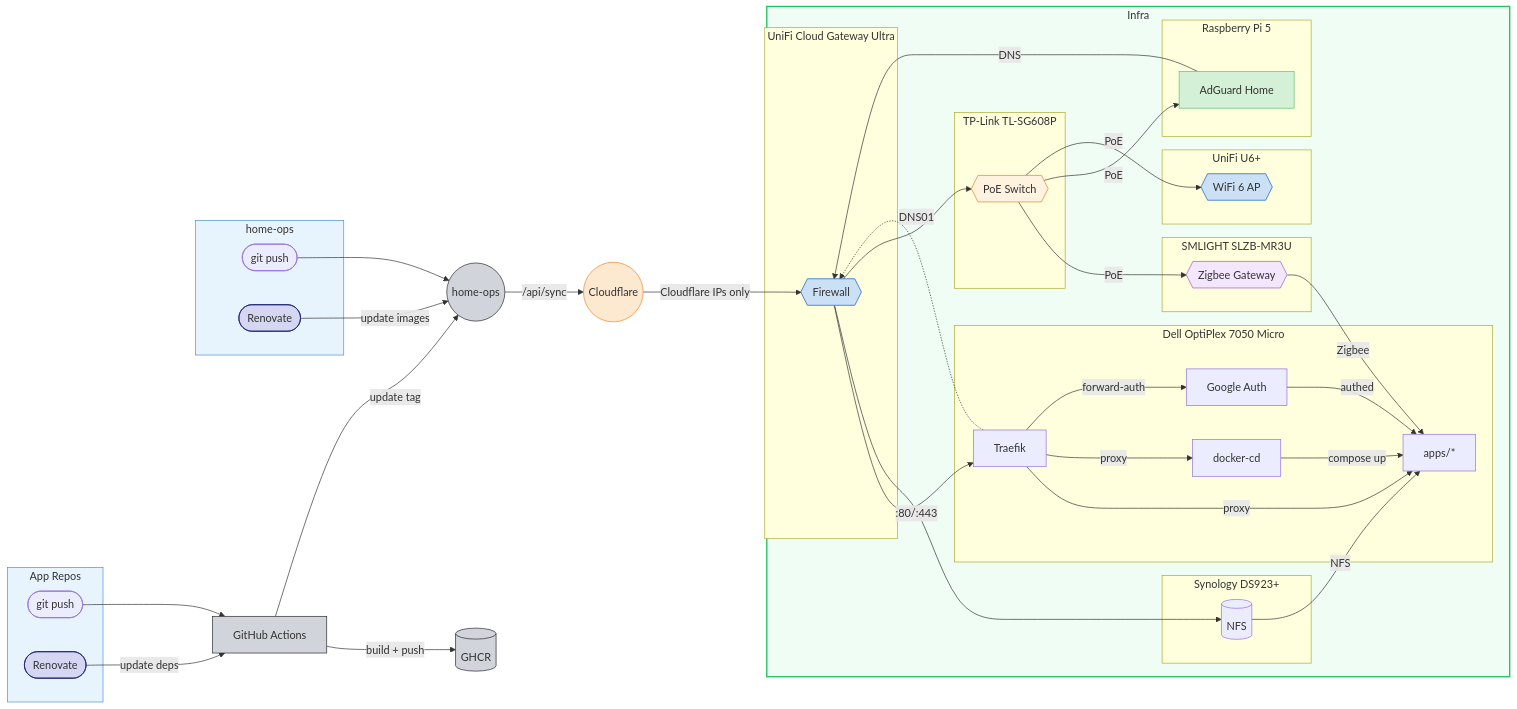
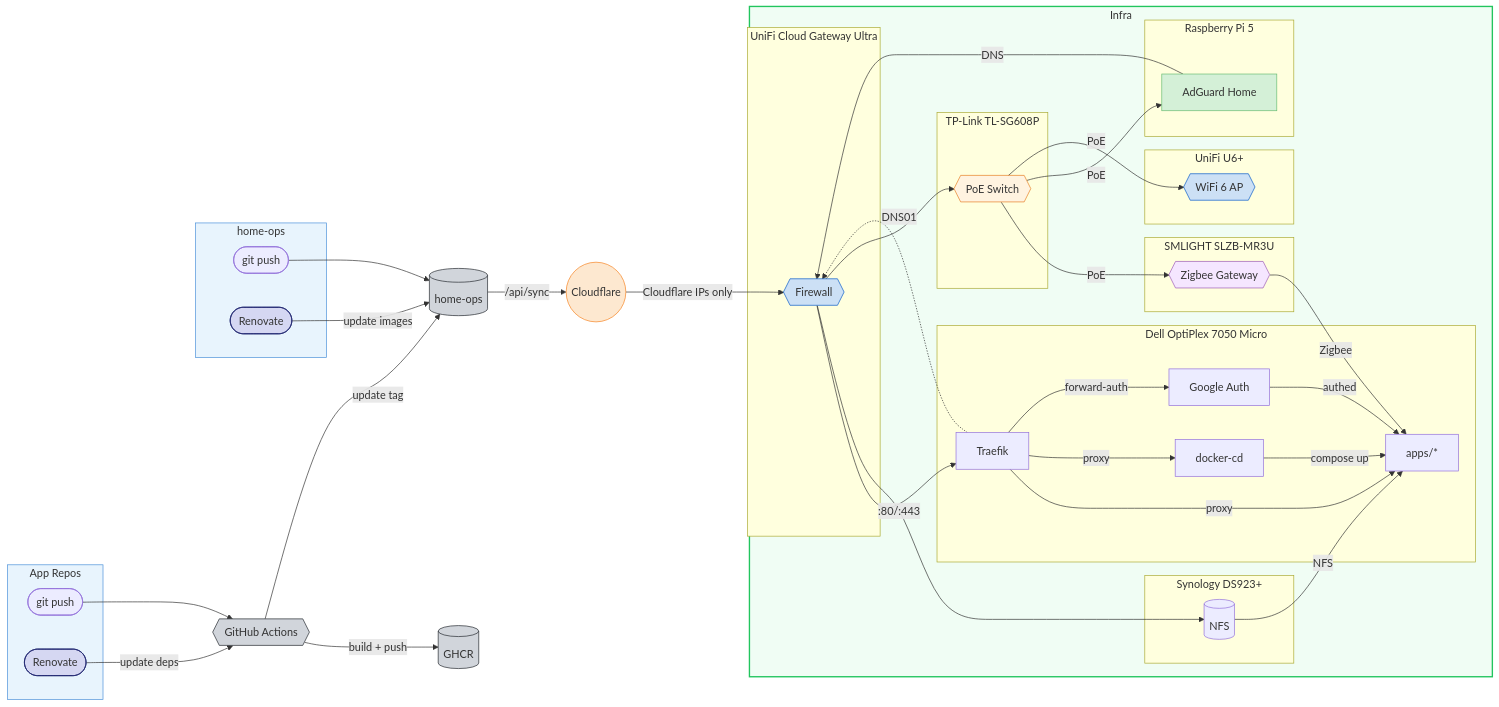
One commit to wajeht/home-ops changed the diagram in README.md. Above: the diagram before and after it, drawn with Mermaid.

Commit message:
docs: update architecture diagram to reflect current state

````diff
--- a/README.md
+++ b/README.md
@@ -16,77 +16,77 @@
 ```mermaid
 flowchart LR
     subgraph app_repo[App Repos]
         app_push([git push])
         app_renovate([Renovate])
     end
 
     subgraph ops_repo[home-ops]
         ops_push([git push])
         ops_renovate([Renovate])
     end
 
-    app_push --> ci[GitHub Actions] -->|build + push| ghcr[(GHCR)]
+    app_push --> ci{{GitHub Actions}} -->|build + push| ghcr[(GHCR)]
     app_renovate -->|update deps| ci
-    ci -->|update tag| github((home-ops))
+    ci -->|update tag| github[(home-ops)]
     ops_push --> github
     ops_renovate -->|update images| github
     github -->|/api/sync| cf((Cloudflare)) -->|Cloudflare IPs only| unifi -->|:80/:443| traefik -->|proxy| apps
 
     subgraph infra[Infra]
         subgraph dell[Dell OptiPlex 7050 Micro]
             docker_cd[docker-cd] -->|compose up| apps[apps/*]
             traefik[Traefik] -->|proxy| docker_cd
             traefik -->|forward-auth| google_auth[Google Auth] -->|authed| apps
         end
 
         subgraph nas[Synology DS923+]
             nfs[(NFS)]
         end
 
         subgraph ucg[UniFi Cloud Gateway Ultra]
             unifi{{Firewall}}
         end
 
         subgraph pi[Raspberry Pi 5]
             adguard[AdGuard Home]
         end
 
         subgraph slzb[SMLIGHT SLZB-MR3U]
             zigbee{{Zigbee Gateway}}
         end
 
         subgraph tplink[TP-Link TL-SG608P]
             poe{{PoE Switch}}
         end
 
         subgraph u6[UniFi U6+]
             ap{{WiFi 6 AP}}
         end
 
         nfs -->|NFS| apps
         adguard -->|DNS| unifi
         unifi --> nfs
         unifi --> poe
         poe -->|PoE| zigbee
         poe -->|PoE| adguard
         poe -->|PoE| ap
         zigbee -->|Zigbee| apps
     end
 
     traefik -.->|DNS01| unifi
 
     style app_repo fill:#e8f4fd,stroke:#4a90d9
     style ops_repo fill:#e8f4fd,stroke:#4a90d9
     style infra fill:#f0fdf4,stroke:#22c55e,stroke-width:2px
     style cf fill:#fde8d0,stroke:#f6821f,color:#333
     style github fill:#d1d5db,stroke:#24292e,color:#333
     style ghcr fill:#d1d5db,stroke:#24292e,color:#333
     style ci fill:#d1d5db,stroke:#24292e,color:#333
     style app_renovate fill:#d5d7f2,stroke:#1a1f6c,color:#333
     style ops_renovate fill:#d5d7f2,stroke:#1a1f6c,color:#333
     style adguard fill:#d4f0d7,stroke:#68bc71,color:#333
     style unifi fill:#cce0f5,stroke:#0559c9,color:#333
     style zigbee fill:#f5e6ff,stroke:#9b59b6,color:#333
     style poe fill:#fff3e0,stroke:#e67e22,color:#333
     style ap fill:#cce0f5,stroke:#0559c9,color:#333
 ```
````
